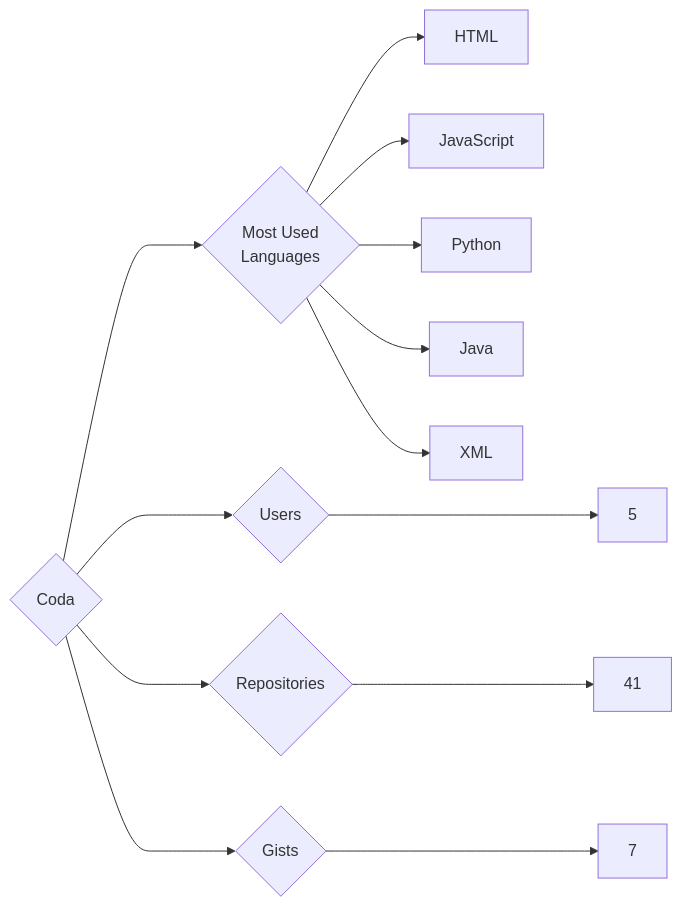
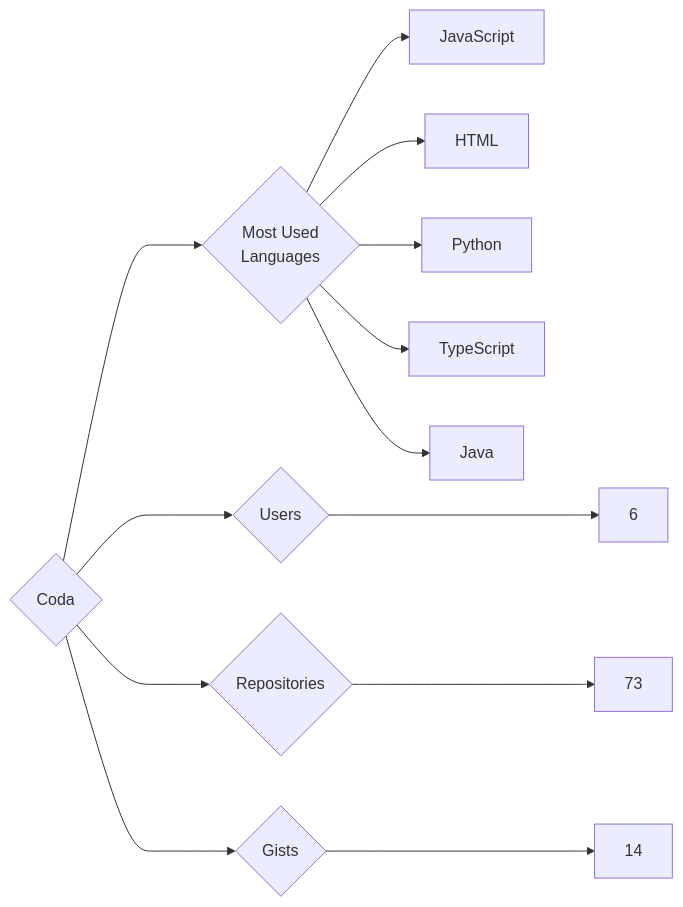
One commit to trickest/insiders changed the diagram in targets/Coda/README.md. Above: the diagram before and after it, drawn with Mermaid. The commit also changed 912 other files, not shown here.

````diff
--- a/targets/Coda/README.md
+++ b/targets/Coda/README.md
@@ -3,13 +3,13 @@
 ```mermaid
 graph LR
 COMPANY_NAME{Coda}
-COMPANY_NAME ---> U{Users} ---> UN[5]
-COMPANY_NAME ---> R{Repositories} ---> RN[41]
-COMPANY_NAME ---> G{Gists} ---> GN[7]
+COMPANY_NAME ---> U{Users} ---> UN[6]
+COMPANY_NAME ---> R{Repositories} ---> RN[73]
+COMPANY_NAME ---> G{Gists} ---> GN[14]
 COMPANY_NAME ---> ML{Most Used<br>Languages}
+ML --> JavaScript[JavaScript]
 ML --> HTML[HTML]
-ML --> JavaScript[JavaScript]
 ML --> Python[Python]
+ML --> TypeScript[TypeScript]
 ML --> Java[Java]
-ML --> XML[XML]
 ```
````
